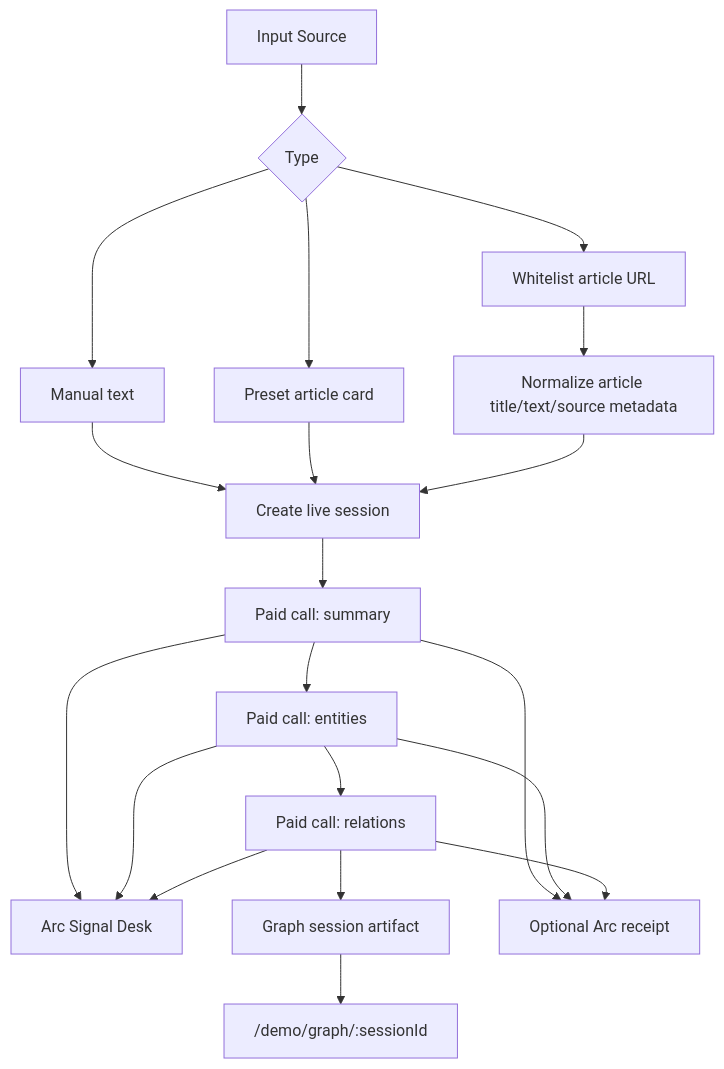
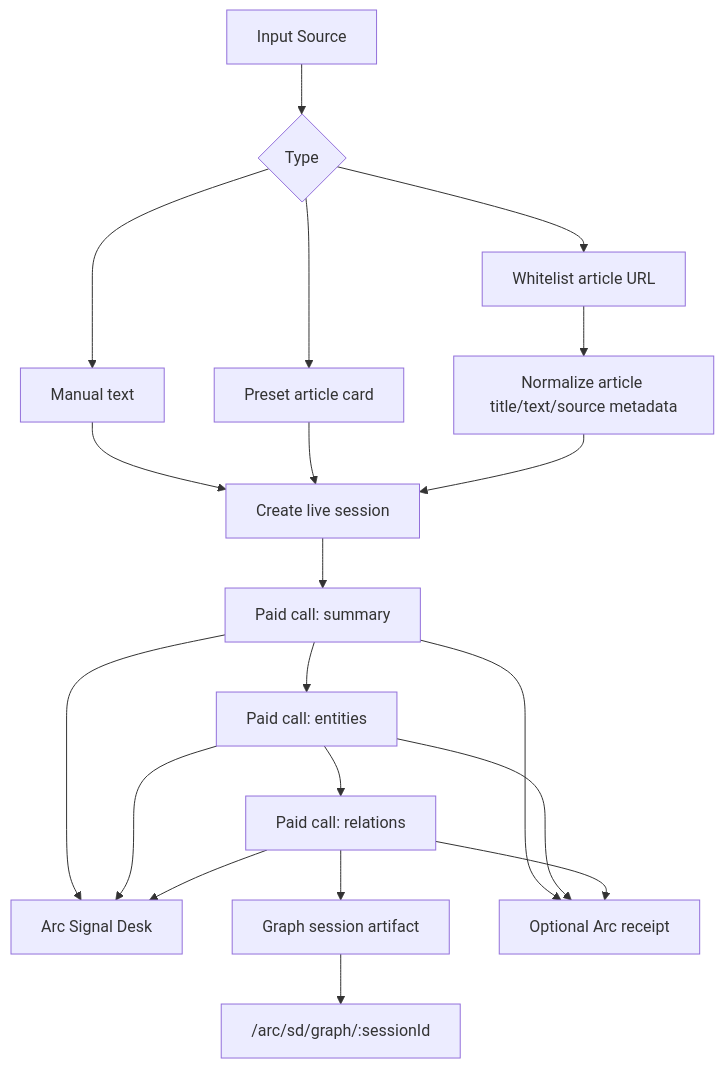
The second of 3 diagrams in docs/architecture.md (fangTiger/arc_hack), drawn with Mermaid before and after one commit. The commit also changed other lines of this file and 12 other files, not shown here.

First line of the commit message:
feat(app): 将路由从 /demo 重构为 /arc/sd 并优化界面样式

````diff
--- a/docs/architecture.md
+++ b/docs/architecture.md
@@ -84,27 +84,27 @@
 ```mermaid
 flowchart TD
     Input["Input Source"] --> Choice{"Type"}
     Choice --> Text["Manual text"]
     Choice --> URL["Whitelist article URL"]
     Choice --> Preset["Preset article card"]
 
     URL --> Import["Normalize article title/text/source metadata"]
     Text --> Create["Create live session"]
     Preset --> Create
     Import --> Create
 
     Create --> Summary["Paid call: summary"]
     Summary --> Entities["Paid call: entities"]
     Entities --> Relations["Paid call: relations"]
 
     Summary --> Desk["Arc Signal Desk"]
     Entities --> Desk
     Relations --> Desk
 
     Relations --> Graph["Graph session artifact"]
-    Graph --> GraphPage["/demo/graph/:sessionId"]
+    Graph --> GraphPage["/arc/sd/graph/:sessionId"]
 
     Summary --> Receipt["Optional Arc receipt"]
     Entities --> Receipt
     Relations --> Receipt
 ```
````
